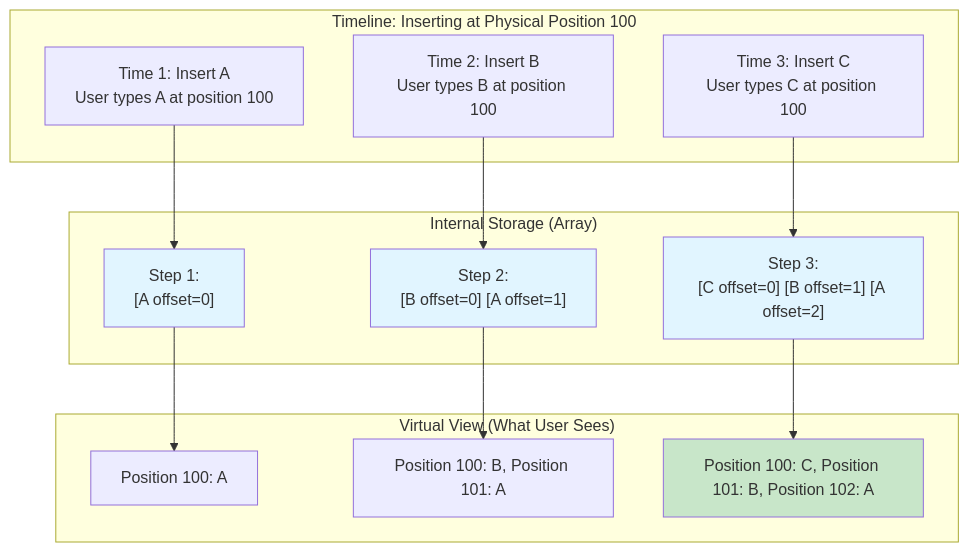
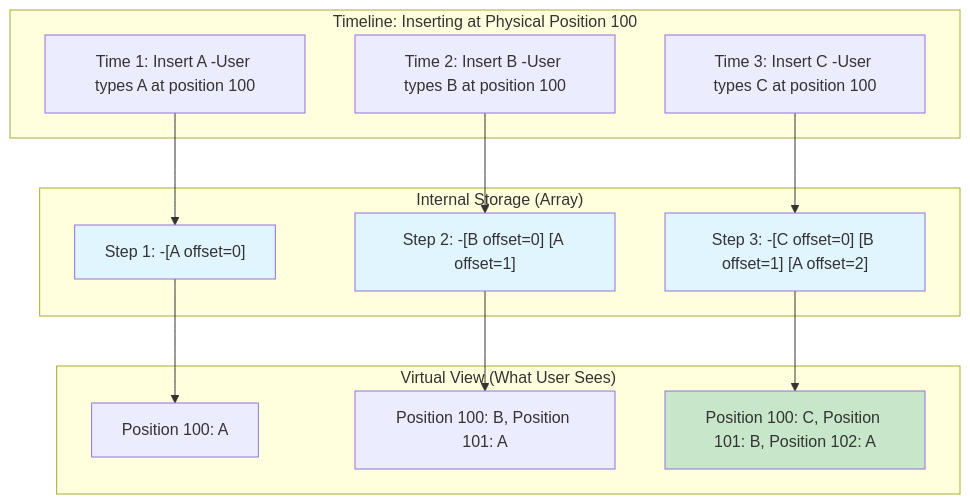
Before and after one commit to myd7349/WpfHexEditorControl: diagram 16 of 24 in ARCHITECTURE_V2.md, drawn with Mermaid. The commit also changed other lines of this file, not shown here.

First line of the commit message:
Fix all remaining Mermaid diagram br tags for GitHub compatibility

````diff
--- a/ARCHITECTURE_V2.md
+++ b/ARCHITECTURE_V2.md
@@ -1155,34 +1155,34 @@
 ```mermaid
 graph TB
     subgraph "Timeline: Inserting at Physical Position 100"
-        T1["Time 1: Insert A<br/>User types A at position 100"]
-        T2["Time 2: Insert B<br/>User types B at position 100"]
-        T3["Time 3: Insert C<br/>User types C at position 100"]
+        T1["Time 1: Insert A -User types A at position 100"]
+        T2["Time 2: Insert B -User types B at position 100"]
+        T3["Time 3: Insert C -User types C at position 100"]
     end
 
     subgraph "Internal Storage (Array)"
-        S1["Step 1:<br/>[A offset=0]"]
-        S2["Step 2:<br/>[B offset=0] [A offset=1]"]
-        S3["Step 3:<br/>[C offset=0] [B offset=1] [A offset=2]"]
+        S1["Step 1: -[A offset=0]"]
+        S2["Step 2: -[B offset=0] [A offset=1]"]
+        S3["Step 3: -[C offset=0] [B offset=1] [A offset=2]"]
     end
 
     subgraph "Virtual View (What User Sees)"
         V1["Position 100: A"]
         V2["Position 100: B, Position 101: A"]
         V3["Position 100: C, Position 101: B, Position 102: A"]
     end
 
     T1 --> S1
     S1 --> V1
 
     T2 --> S2
     S2 --> V2
 
     T3 --> S3
     S3 --> V3
 
     style S1 fill:#e1f5ff
     style S2 fill:#e1f5ff
     style S3 fill:#e1f5ff
     style V3 fill:#c8e6c9
 ```
````
